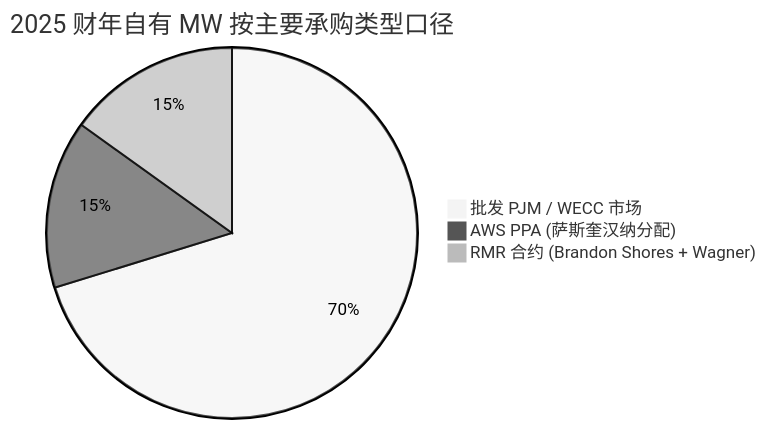
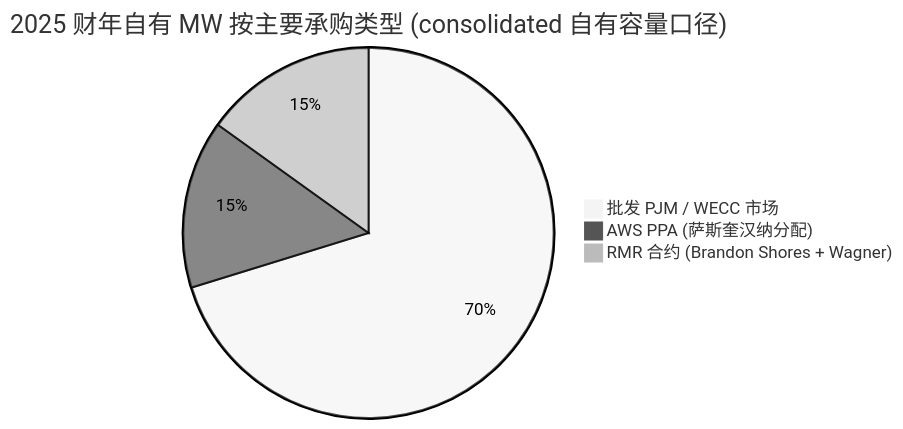
The third of 4 diagrams in reports/company/Talen_NASDAQ_TLN/Talen_NASDAQ_TLN_公司研究.md (dadachundan/financial_agent), drawn with Mermaid (neutral theme) before and after one commit. The commit also changed other lines of this file and 14 other files, not shown here.

````diff
--- a/reports/company/Talen_NASDAQ_TLN/Talen_NASDAQ_TLN_公司研究.md
+++ b/reports/company/Talen_NASDAQ_TLN/Talen_NASDAQ_TLN_公司研究.md
@@ -178,6 +726,6 @@
 ```mermaid
-pie title 2025 财年自有 MW 按主要承购类型口径
+pie title 2025 财年自有 MW 按主要承购类型 (consolidated 自有容量口径)
     "批发 PJM / WECC 市场" : 9192
     "AWS PPA (萨斯奎汉纳分配)" : 1920
     "RMR 合约 (Brandon Shores + Wagner)" : 1975
 ```
````
